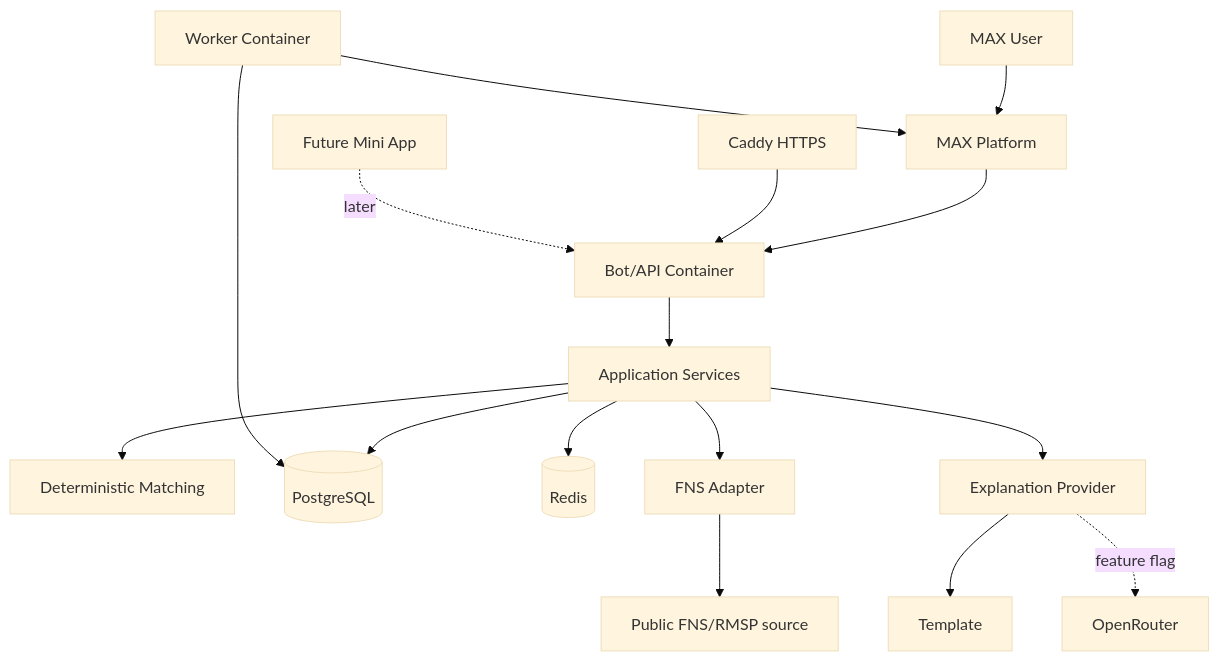
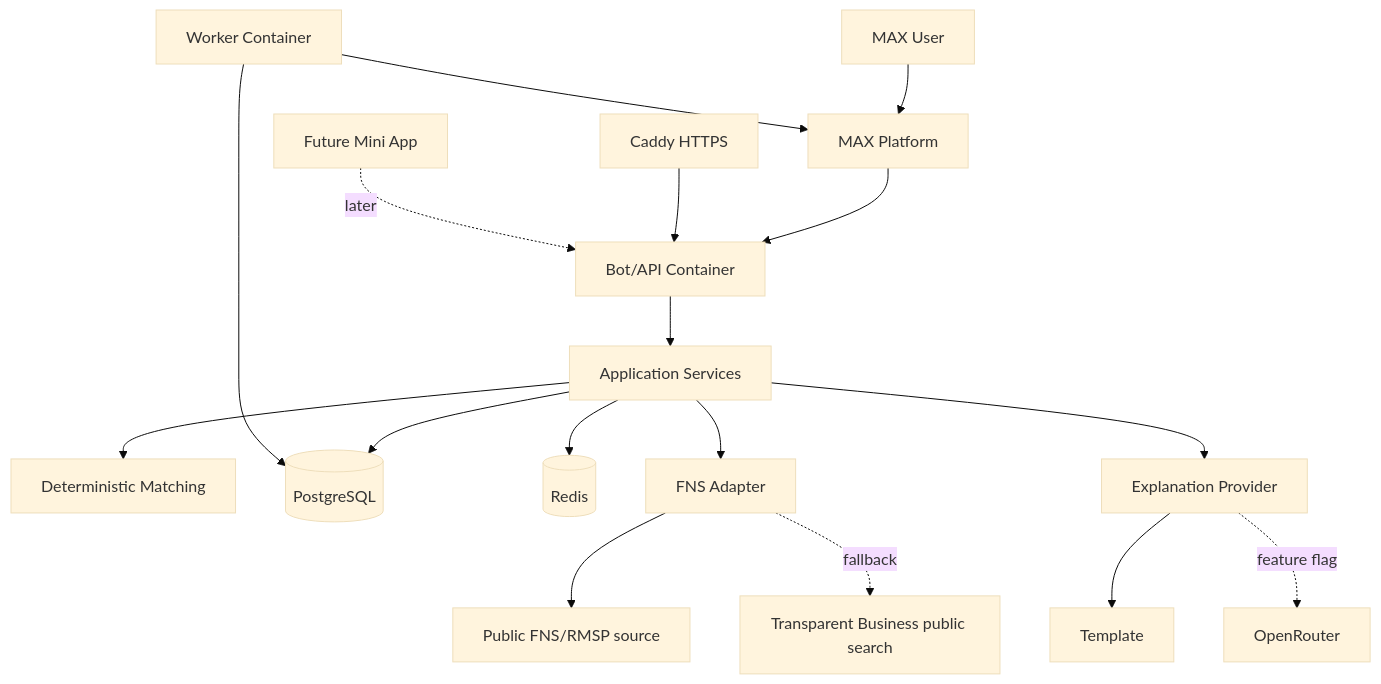
One commit to LaimOr127/HaK_Max_bot changed the diagram in README.md. Above: the diagram before and after it, drawn with Mermaid (base theme). The commit also changed other lines of this file and 14 other files, not shown here.

Commit message:
Improve FNS fallback and support catalog

````diff
--- a/README.md
+++ b/README.md
@@ -7,18 +7,19 @@
 ```mermaid
 flowchart TD
     MAX[MAX User] --> MAXAPI[MAX Platform]
     MAXAPI --> BOT[Bot/API Container]
     BOT --> APP[Application Services]
     APP --> MATCH[Deterministic Matching]
     APP --> DB[(PostgreSQL)]
     APP --> REDIS[(Redis)]
     APP --> FNS[FNS Adapter]
     APP --> EXPLAIN[Explanation Provider]
     FNS --> RMSP[Public FNS/RMSP source]
+    FNS -. fallback .-> PB[Transparent Business public search]
     EXPLAIN --> TEMPLATE[Template]
     EXPLAIN -. feature flag .-> OR[OpenRouter]
     WORKER[Worker Container] --> DB
     WORKER --> MAXAPI
     CADDY[Caddy HTTPS] --> BOT
     MINI[Future Mini App] -. later .-> BOT
 ```
````
